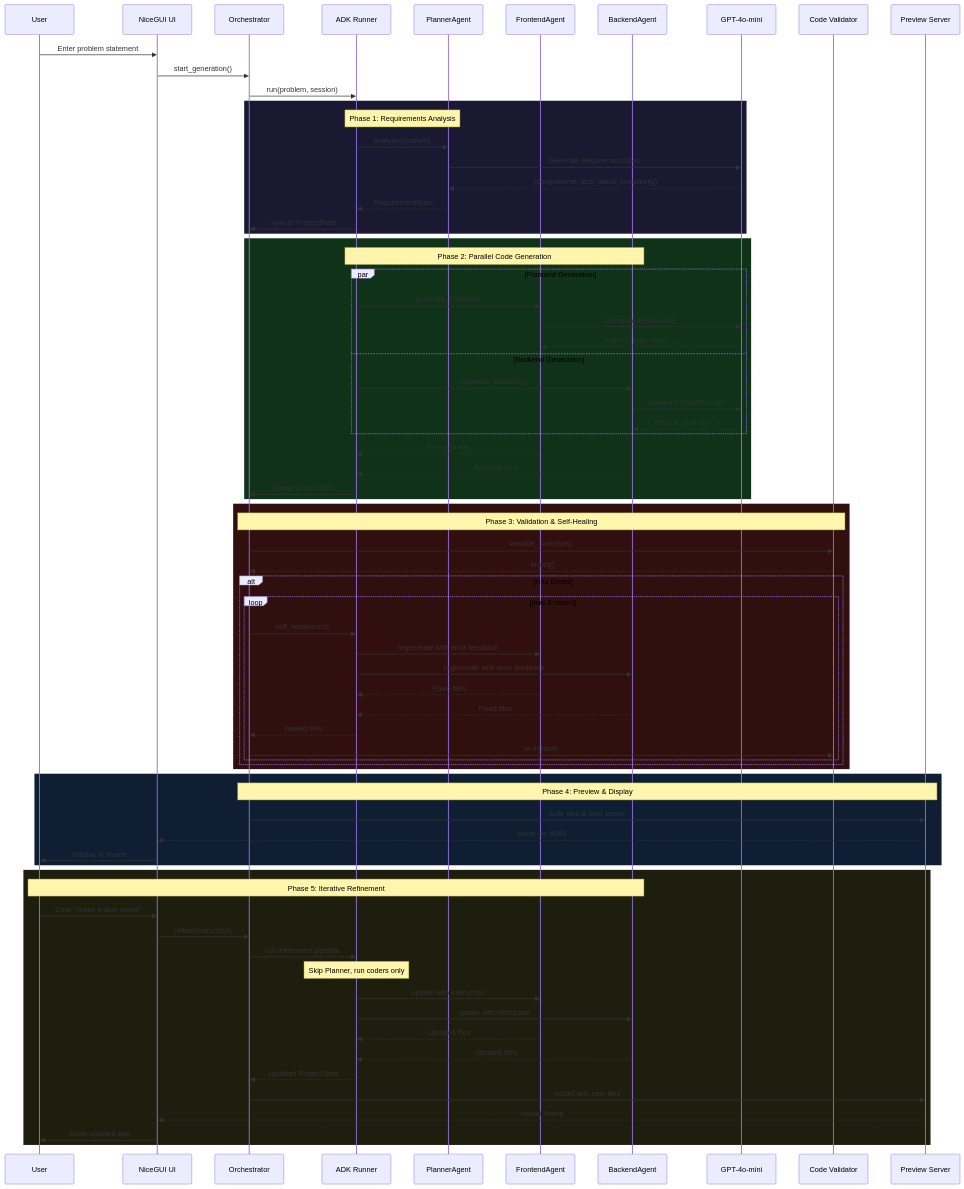
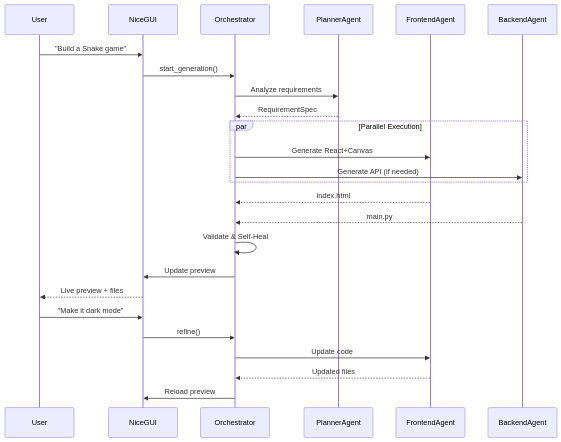
One commit to pratihegde/meta-forge changed the second of 3 diagrams in README.md. Above: the diagram before and after it, drawn with Mermaid. The commit also changed other lines of this file, not shown here.

````diff
--- a/README.md
+++ b/README.md
@@ -88,83 +62,33 @@
 ```mermaid
 sequenceDiagram
     participant User
-    participant UI as NiceGUI UI
+    participant UI as NiceGUI
     participant Orch as Orchestrator
-    participant ADK as ADK Runner
-    participant Planner as PlannerAgent
-    participant Frontend as FrontendAgent
-    participant Backend as BackendAgent
-    participant LLM as GPT-4o-mini
-    participant Validator as Code Validator
-    participant Preview as Preview Server
+    participant Plan as PlannerAgent
+    participant FE as FrontendAgent
+    participant BE as BackendAgent
     
-    User->>UI: Enter problem statement
+    User->>UI: "Build a Snake game"
     UI->>Orch: start_generation()
-    Orch->>ADK: run(problem, session)
     
-    rect rgb(25, 25, 50)
-    Note over ADK,Planner: Phase 1: Requirements Analysis
-    ADK->>Planner: analyze(problem)
-    Planner->>LLM: Generate RequirementSpec
-    LLM-->>Planner: {components, tech_stack, complexity}
-    Planner-->>ADK: RequirementSpec
-    ADK->>Orch: sync to ProjectState
+    Orch->>Plan: Analyze requirements
+    Plan-->>Orch: RequirementSpec
+    
+    par Parallel Execution
+        Orch->>FE: Generate React+Canvas
+        Orch->>BE: Generate API (if needed)
     end
     
-    rect rgb(15, 50, 25)
-    Note over ADK,Backend: Phase 2: Parallel Code Generation
-    par Frontend Generation
-        ADK->>Frontend: generate_frontend()
-        Frontend->>LLM: Generate React code
-        LLM-->>Frontend: FileList (index.html, ...)
-    and Backend Generation
-        ADK->>Backend: generate_backend()
-        Backend->>LLM: Generate FastAPI code
-        LLM-->>Backend: FileList (main.py, ...)
-    end
-    Frontend-->>ADK: Frontend files
-    Backend-->>ADK: Backend files
-    ADK->>Orch: merge & sync files
-    end
+    FE-->>Orch: index.html
+    BE-->>Orch: main.py
     
-    rect rgb(50, 15, 15)
-    Note over Orch,Validator: Phase 3: Validation & Self-Healing
-    Orch->>Validator: validate_code(files)
-    Validator-->>Orch: errors[]
+    Orch->>Orch: Validate & Self-Heal
+    Orch->>UI: Update preview
+    UI-->>User: Live preview + files
     
-    alt Has Errors
-        loop max 2 retries
-            Orch->>ADK: self_heal(errors)
-            ADK->>Frontend: regenerate with error feedback
-            ADK->>Backend: regenerate with error feedback
-            Frontend-->>ADK: Fixed files
-            Backend-->>ADK: Fixed files
-            ADK-->>Orch: healed files
-            Orch->>Validator: re-validate
-        end
-    end
-    end
-    
-    rect rgb(15, 30, 50)
-    Note over Orch,Preview: Phase 4: Preview & Display
-    Orch->>Preview: write files & start server
-    Preview-->>UI: serve on :8081
-    UI->>User: Display in iframe
-    end
-    
-    rect rgb(30, 30, 15)
-    Note over User,Backend: Phase 5: Iterative Refinement
-    User->>UI: Chat: "make it dark mode"
-    UI->>Orch: refine(instruction)
-    Orch->>ADK: run refinement pipeline
-    Note over ADK: Skip Planner, run coders only
-    ADK->>Frontend: update with instruction
-    ADK->>Backend: update with instruction
-    Frontend-->>ADK: Updated files
-    Backend-->>ADK: Updated files
-    ADK-->>Orch: Updated ProjectState
-    Orch->>Preview: restart with new files
-    Preview-->>UI: reload iframe
-    UI->>User: Show updated app
-    end
+    User->>UI: "Make it dark mode"
+    UI->>Orch: refine()
+    Orch->>FE: Update code
+    FE-->>Orch: Updated files
+    Orch->>UI: Reload preview
 ```
````
